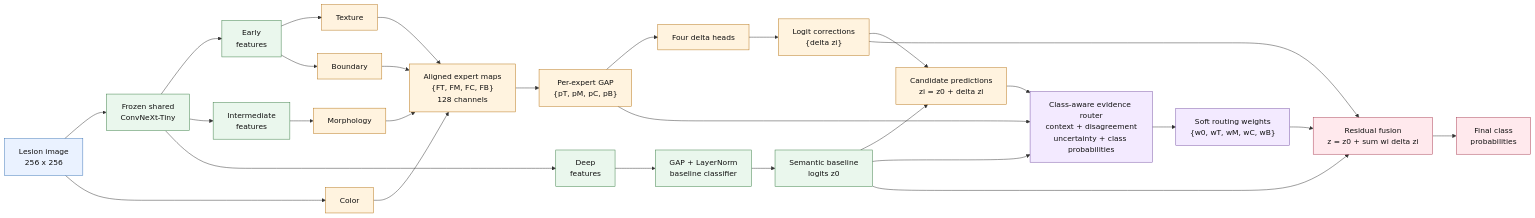
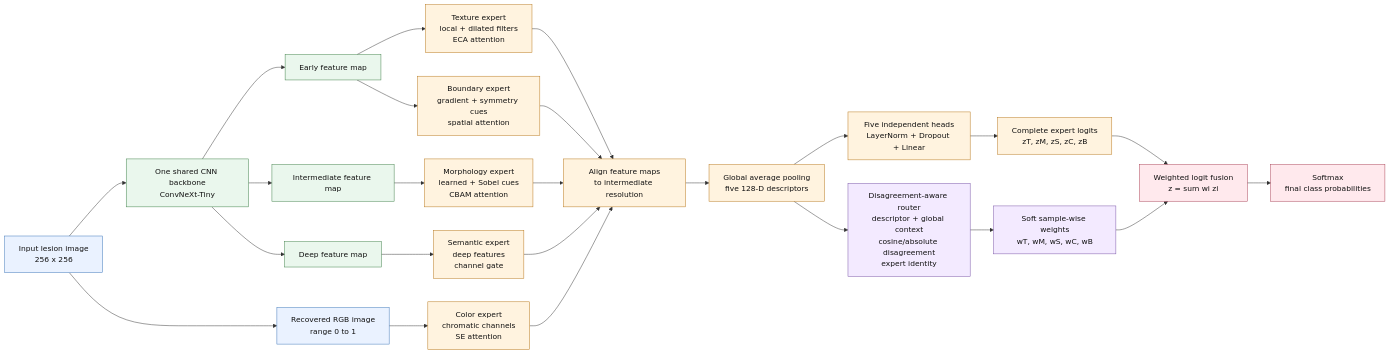
The first of 2 diagrams in ARCHITECTURE_DIAGRAM.md (AnushtupGhosh5/Classification), drawn with Mermaid before and after one commit. The commit also changed other lines of this file and 11 other files, not shown here.

First line of the commit message:
Add five-expert lesion MoE model and paired lesion MoE implementation

````diff
--- a/ARCHITECTURE_DIAGRAM.md
+++ b/ARCHITECTURE_DIAGRAM.md
@@ -5,48 +5,49 @@
 ```mermaid
 flowchart LR
-    I["Lesion image<br/>256 x 256"] --> CNN["Frozen shared<br/>ConvNeXt-Tiny"]
+    I["Input lesion image<br/>256 x 256"]
+    B["One shared CNN backbone<br/>ConvNeXt-Tiny"]
+    E["Early feature map"]
+    M["Intermediate feature map"]
+    D["Deep feature map"]
+    RGB["Recovered RGB image<br/>range 0 to 1"]
 
-    CNN --> FE["Early<br/>features"]
-    CNN --> FM["Intermediate<br/>features"]
-    CNN --> FD["Deep<br/>features"]
+    I --> B
+    I --> RGB
+    B --> E
+    B --> M
+    B --> D
 
-    FD --> BASE["GAP + LayerNorm<br/>baseline classifier"]
-    BASE --> Z0["Semantic baseline<br/>logits z0"]
+    E --> T["Texture expert<br/>local + dilated filters<br/>ECA attention"]
+    M --> S["Morphology expert<br/>learned + Sobel cues<br/>CBAM attention"]
+    D --> SEM["Semantic expert<br/>deep features<br/>channel gate"]
+    RGB --> C["Color expert<br/>chromatic channels<br/>SE attention"]
+    E --> BD["Boundary expert<br/>gradient + symmetry cues<br/>spatial attention"]
 
-    FE --> TEX["Texture"]
-    FM --> MOR["Morphology"]
-    I --> COL["Color"]
-    FE --> BND["Boundary"]
+    T --> A["Align feature maps<br/>to intermediate resolution"]
+    S --> A
+    SEM --> A
+    C --> A
+    BD --> A
 
-    TEX --> SET["Aligned expert maps<br/>{FT, FM, FC, FB}<br/>128 channels"]
-    MOR --> SET
-    COL --> SET
-    BND --> SET
+    A --> P["Global average pooling<br/>five 128-D descriptors"]
+    P --> H["Five independent heads<br/>LayerNorm + Dropout + Linear"]
+    H --> Z["Complete expert logits<br/>zT, zM, zS, zC, zB"]
 
-    SET --> POOL["Per-expert GAP<br/>{pT, pM, pC, pB}"]
-    POOL --> HEAD["Four delta heads"]
-    HEAD --> DELTA["Logit corrections<br/>{delta zi}"]
+    P --> R["Disagreement-aware router<br/>descriptor + global context<br/>cosine/absolute disagreement<br/>expert identity"]
+    R --> W["Soft sample-wise weights<br/>wT, wM, wS, wC, wB"]
 
-    Z0 --> CAND["Candidate predictions<br/>zi = z0 + delta zi"]
-    DELTA --> CAND
-    POOL --> ROUTER["Class-aware evidence router<br/>context + disagreement<br/>uncertainty + class probabilities"]
-    CAND --> ROUTER
-    Z0 --> ROUTER
-
-    ROUTER --> W["Soft routing weights<br/>{w0, wT, wM, wC, wB}"]
-    Z0 --> FUSE["Residual fusion<br/>z = z0 + sum wi delta zi"]
-    DELTA --> FUSE
-    W --> FUSE
-    FUSE --> OUT["Final class<br/>probabilities"]
+    Z --> F["Weighted logit fusion<br/>z = sum wi zi"]
+    W --> F
+    F --> O["Softmax<br/>final class probabilities"]
 
     classDef input fill:#EAF2FF,stroke:#3973B7,color:#111;
-    classDef base fill:#EAF7ED,stroke:#3A7D44,color:#111;
+    classDef backbone fill:#EAF7ED,stroke:#3A7D44,color:#111;
     classDef expert fill:#FFF3DF,stroke:#B67416,color:#111;
-    classDef route fill:#F3EAFF,stroke:#7550A5,color:#111;
-    classDef result fill:#FFE9ED,stroke:#A83D52,color:#111;
-    class I input;
-    class CNN,FE,FM,FD,BASE,Z0 base;
-    class TEX,MOR,COL,BND,SET,POOL,HEAD,DELTA,CAND expert;
-    class ROUTER,W route;
-    class FUSE,OUT result;
+    classDef router fill:#F3EAFF,stroke:#7550A5,color:#111;
+    classDef output fill:#FFE9ED,stroke:#A83D52,color:#111;
+    class I,RGB input;
+    class B,E,M,D backbone;
+    class T,S,SEM,C,BD,A,P,H,Z expert;
+    class R,W router;
+    class F,O output;
 ```
````
